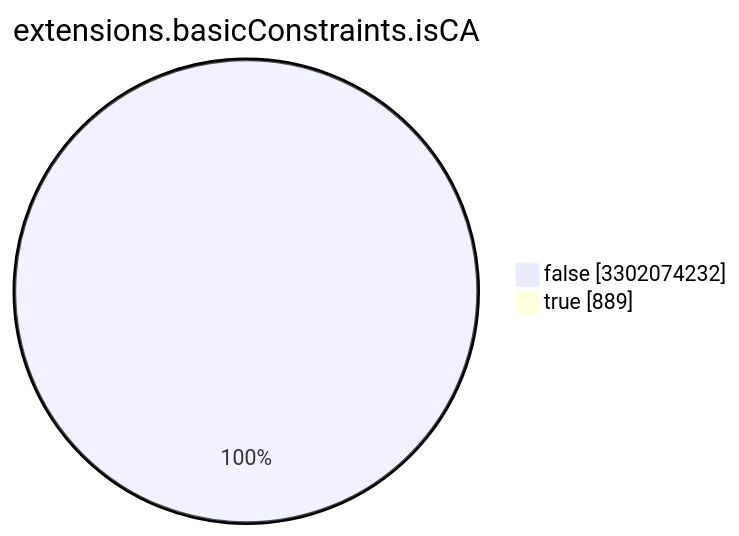
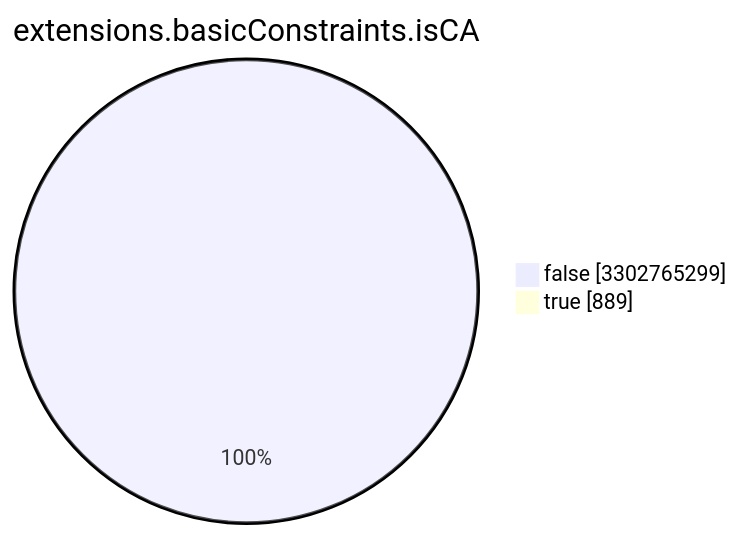
Before and after one commit to christiankrug/ctmonitor_visualization: the seventh of 15 diagrams in TOTAL/README.md, drawn with Mermaid. The commit also changed other lines of this file, not shown here.

````diff
--- a/TOTAL/README.md
+++ b/TOTAL/README.md
@@ -3089,6 +3089,6 @@
 ```mermaid
 pie showData
 title extensions.basicConstraints.isCA
-"false" :3302074232
+"false" :3302765299
 "true" :889
 ```
````
